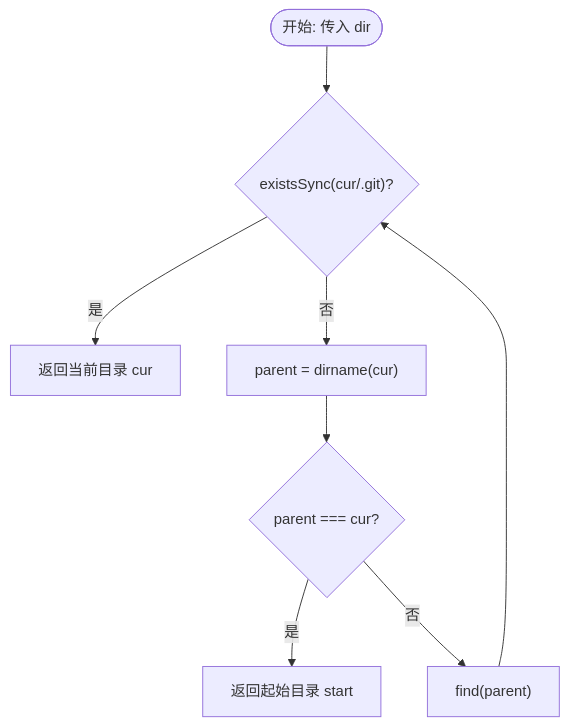
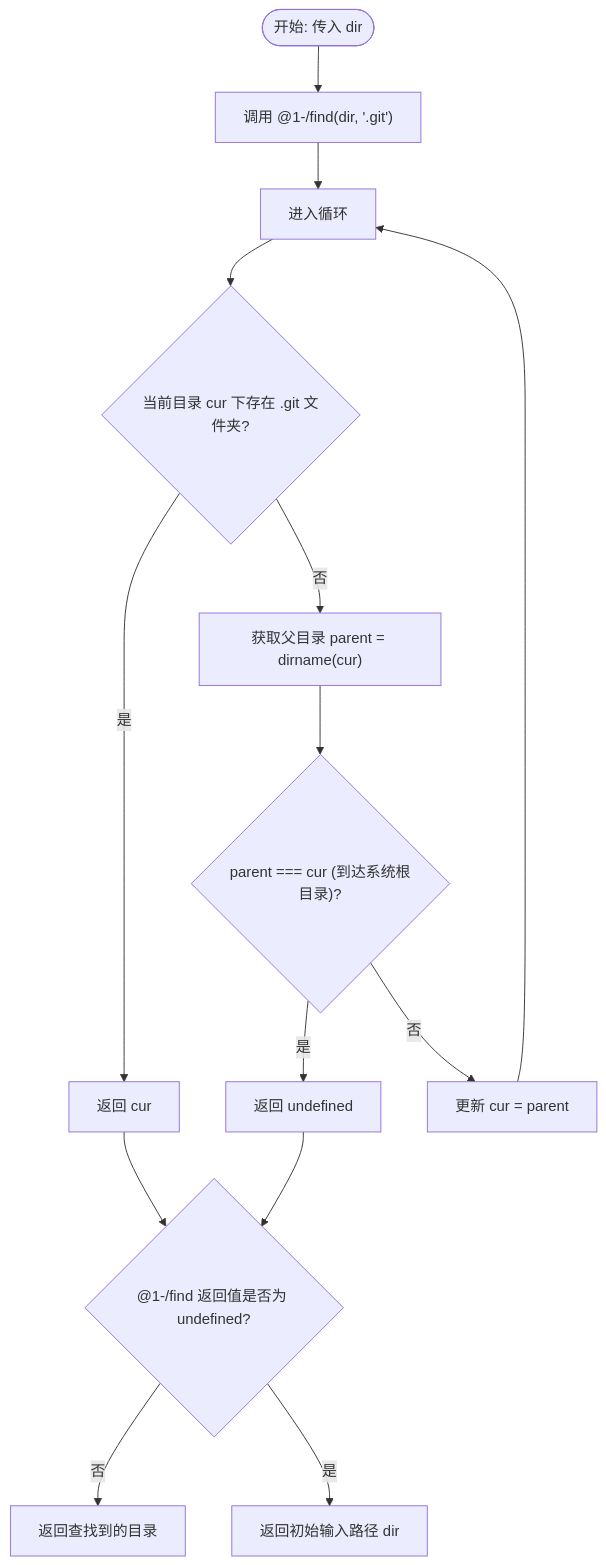
One commit to webc-site/npm changed the diagram in findgit/readme/zh.md. Above: the diagram before and after it, drawn with Mermaid. The commit also changed other lines of this file and 18 other files, not shown here.

````diff
--- a/findgit/readme/zh.md
+++ b/findgit/readme/zh.md
@@ -30,10 +32,16 @@
 ```mermaid
 graph TD
-    Start([开始: 传入 dir]) --> CheckGit{"existsSync(cur/.git)?"}
-    CheckGit -- 是 --> ReturnCur[返回当前目录 cur]
-    CheckGit -- 否 --> ParentDir["parent = dirname(cur)"]
-    ParentDir --> CheckRoot{"parent === cur?"}
-    CheckRoot -- 是 --> ReturnStart[返回起始目录 start]
-    CheckRoot -- 否 --> Recurse["find(parent)"]
-    Recurse --> CheckGit
+    Start([开始: 传入 dir]) --> FindCall["调用 @1-/find(dir, '.git')"]
+    FindCall --> Loop[进入循环]
+    Loop --> CheckGit{"当前目录 cur 下存在 .git 文件夹?"}
+    CheckGit -- 是 --> ReturnCur[返回 cur]
+    CheckGit -- 否 --> ParentDir["获取父目录 parent = dirname(cur)"]
+    ParentDir --> CheckRoot{"parent === cur (到达系统根目录)?"}
+    CheckRoot -- 是 --> ReturnUndefined[返回 undefined]
+    CheckRoot -- 否 --> UpdateCur["更新 cur = parent"]
+    UpdateCur --> Loop
+    ReturnCur --> Coalesce{"@1-/find 返回值是否为 undefined?"}
+    ReturnUndefined --> Coalesce
+    Coalesce -- 否 --> ReturnVal[返回查找到的目录]
+    Coalesce -- 是 --> ReturnInput[返回初始输入路径 dir]
 ```
````
